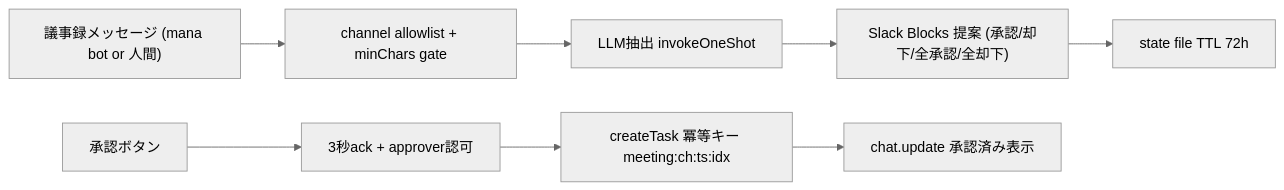
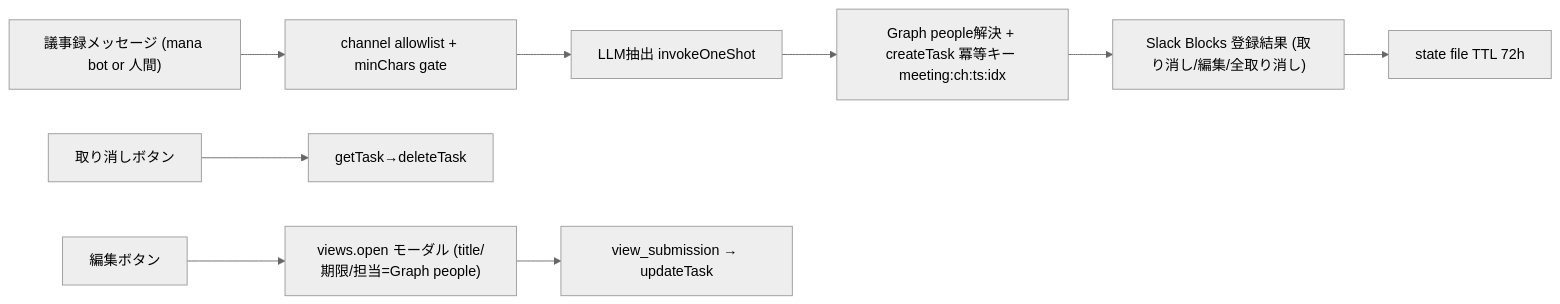
The diagram in docs/architecture/story-meeting-task-proposal.md (Unson-LLC/mana-runtime), drawn with Mermaid (neutral theme) before and after one commit. The commit also changed other lines of this file and 5 other files, not shown here.

````diff
--- a/docs/architecture/story-meeting-task-proposal.md
+++ b/docs/architecture/story-meeting-task-proposal.md
@@ -29,10 +39,11 @@
 ```mermaid
 flowchart LR
   M["議事録メッセージ (mana bot or 人間)"] --> G["channel allowlist + minChars gate"]
   G --> E["LLM抽出 invokeOneShot"]
-  E --> P["Slack Blocks 提案 (承認/却下/全承認/全却下)"]
+  E --> R["Graph people解決 + createTask 冪等キー meeting:ch:ts:idx"]
+  R --> P["Slack Blocks 登録結果 (取り消し/編集/全取り消し)"]
   P --> S["state file TTL 72h"]
-  A["承認ボタン"] --> ACK["3秒ack + approver認可"]
-  ACK --> C["createTask 冪等キー meeting:ch:ts:idx"]
-  C --> U["chat.update 承認済み表示"]
+  X["取り消しボタン"] --> D["getTask→deleteTask"]
+  Y["編集ボタン"] --> V["views.open モーダル (title/期限/担当=Graph people)"]
+  V --> U["view_submission → updateTask"]
 ```
````
